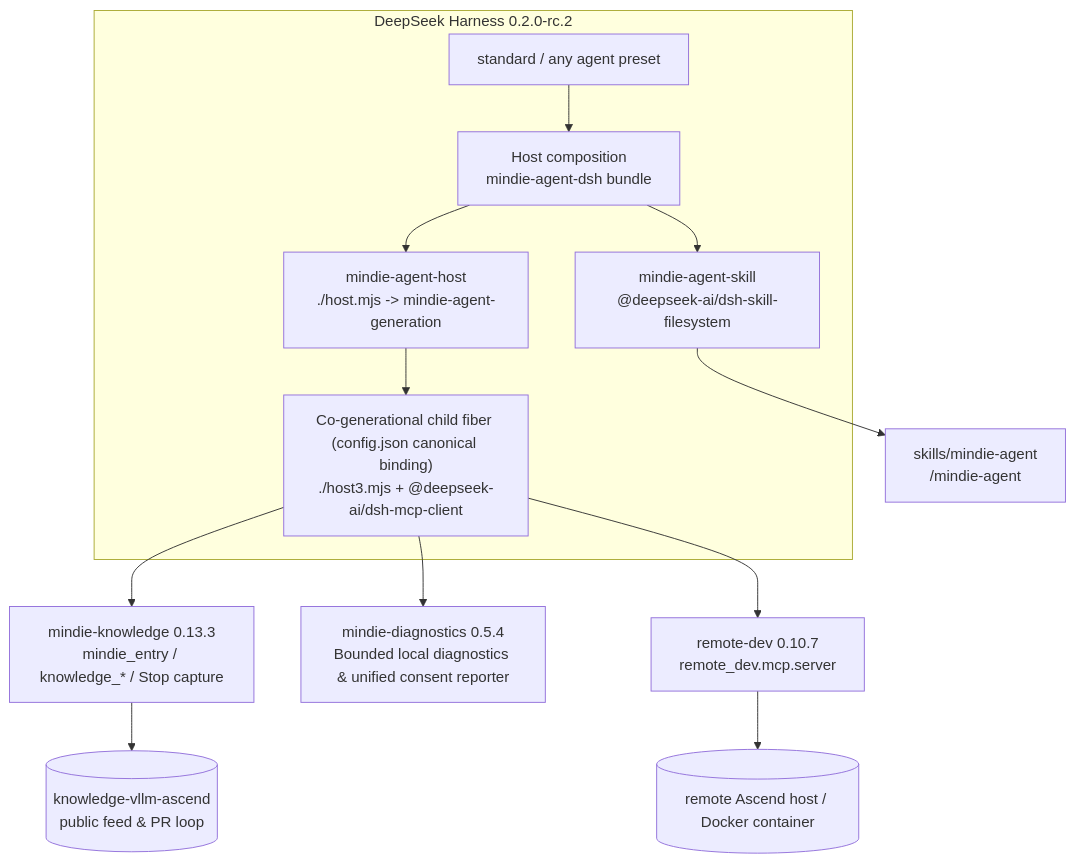
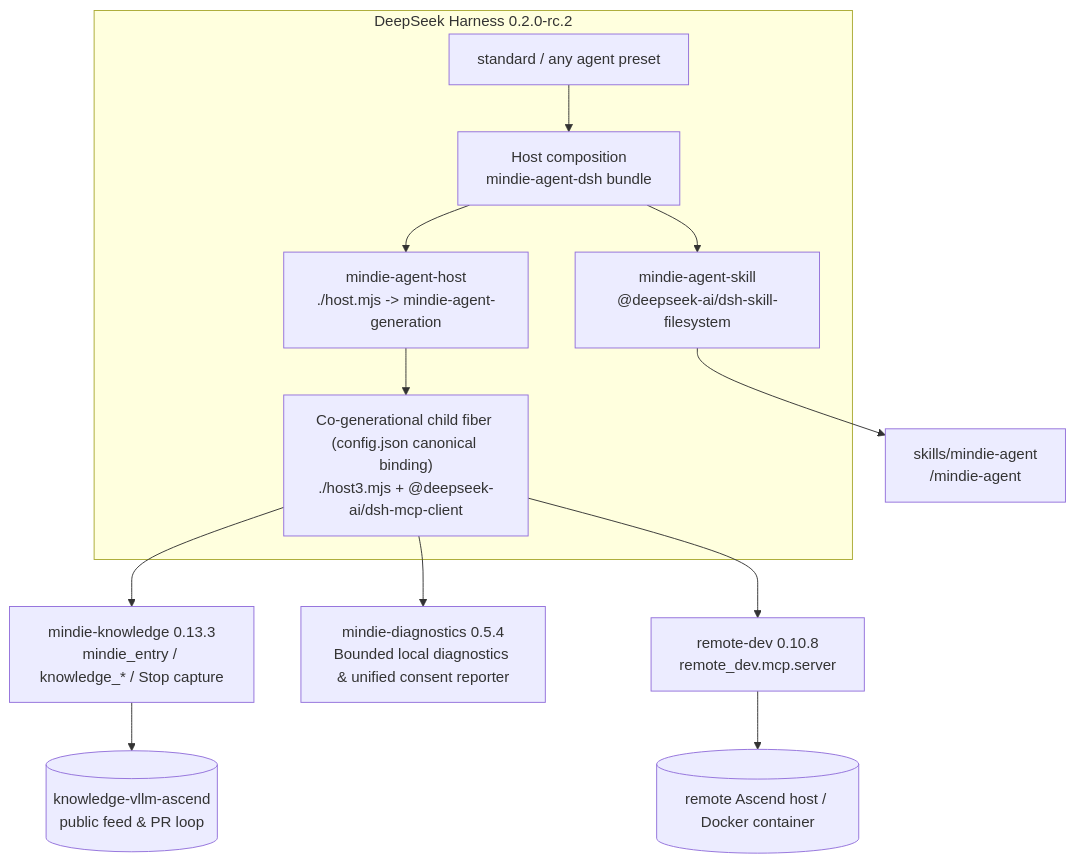
Before and after one commit to mindie-agent/mindie-agent-dsh: the diagram in README.en.md, drawn with Mermaid. The commit also changed other lines of this file and 8 other files, not shown here.

````diff
--- a/README.en.md
+++ b/README.en.md
@@ -197,20 +197,20 @@
 ```mermaid
 flowchart TB
   subgraph DSH["DeepSeek Harness 0.2.0-rc.2"]
     HOST["Host composition<br/>mindie-agent-dsh bundle"]
     STD["standard / any agent preset"]
     SKILL["mindie-agent-skill<br/>@deepseek-ai/dsh-skill-filesystem"]
     HPLUG["mindie-agent-host<br/>./host.mjs -> mindie-agent-generation"]
     GEN["Co-generational child fiber (config.json canonical binding)<br/>./host3.mjs + @deepseek-ai/dsh-mcp-client"]
     STD --> HOST
     HOST --> SKILL
     HOST --> HPLUG
     HPLUG --> GEN
   end
   SKILL --> SK["skills/mindie-agent<br/>/mindie-agent"]
   GEN --> KS["mindie-knowledge 0.13.3<br/>mindie_entry / knowledge_* / Stop capture"]
   GEN --> DIAG["mindie-diagnostics 0.5.4<br/>Bounded local diagnostics & unified consent reporter"]
   KS --> FEED[("knowledge-vllm-ascend<br/>public feed & PR loop")]
-  GEN --> RD["remote-dev 0.10.7<br/>remote_dev.mcp.server"]
+  GEN --> RD["remote-dev 0.10.8<br/>remote_dev.mcp.server"]
   RD --> NPU[("remote Ascend host / Docker container")]
 ```
````
